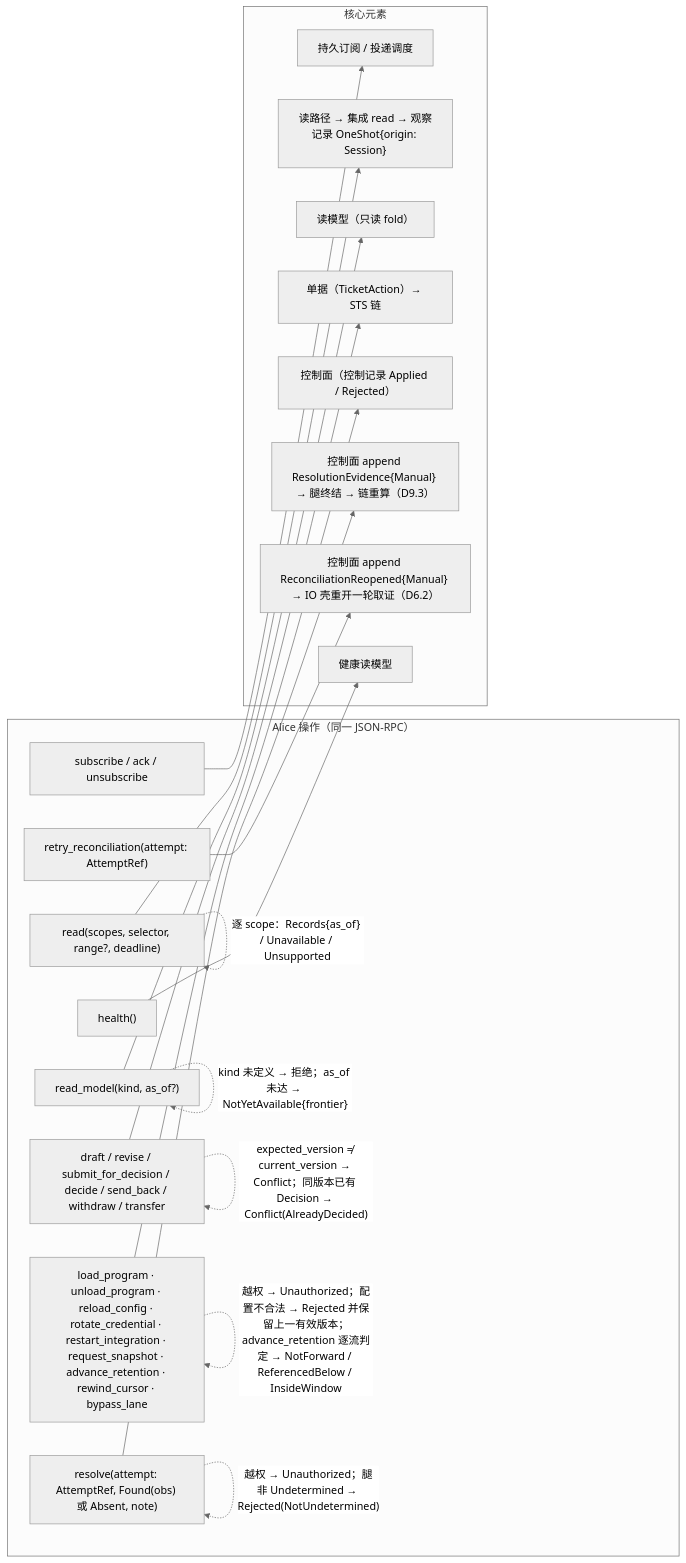
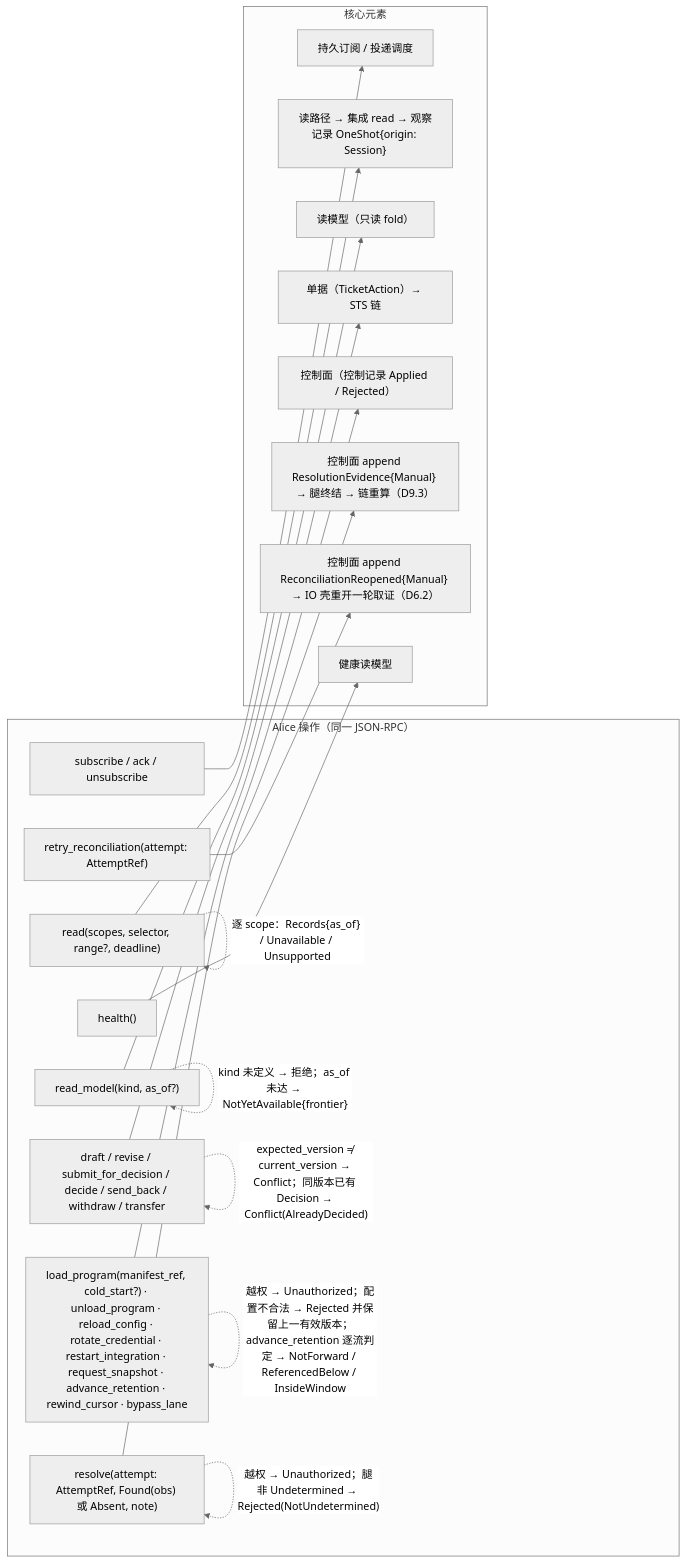
The second of 4 diagrams in design/diagrams/09-alice-session.md (mouriya-s-lab/uta), drawn with Mermaid (neutral theme) before and after one commit. The commit also changed other lines of this file and 24 other files, not shown here.

````diff
--- a/design/diagrams/09-alice-session.md
+++ b/design/diagrams/09-alice-session.md
@@ -45,36 +45,36 @@
 ```mermaid
 flowchart LR
   subgraph OPS["Alice 操作（同一 JSON-RPC）"]
     S1["subscribe / ack / unsubscribe"]
     S2["read(scopes, selector, range?, deadline)"]
     S3["read_model(kind, as_of?)"]
     S4["draft / revise / submit_for_decision / decide / send_back / withdraw / transfer"]
-    S5["load_program · unload_program · reload_config · rotate_credential · restart_integration · request_snapshot · advance_retention · rewind_cursor · bypass_lane"]
+    S5["load_program(manifest_ref, cold_start?) · unload_program · reload_config · rotate_credential · restart_integration · request_snapshot · advance_retention · rewind_cursor · bypass_lane"]
     S6["resolve(attempt: AttemptRef, Found(obs) 或 Absent, note)"]
     S6b["retry_reconciliation(attempt: AttemptRef)"]
     S7["health()"]
   end
   subgraph EL["核心元素"]
     SUB["持久订阅 / 投递调度"]
     RDP["读路径 → 集成 read → 观察记录 OneShot{origin: Session}"]
     RM["读模型（只读 fold）"]
     TK["单据（TicketAction）→ STS 链"]
     CTL["控制面（控制记录 Applied / Rejected）"]
     IOR["控制面 append ResolutionEvidence{Manual} → 腿终结 → 链重算（D9.3）"]
     RRO["控制面 append ReconciliationReopened{Manual} → IO 壳重开一轮取证（D6.2）"]
     HL["健康读模型"]
   end
   S1 --> SUB
   S2 --> RDP
   S3 --> RM
   S4 --> TK
   S5 --> CTL
   S6 --> IOR
   S6b --> RRO
   S7 --> HL
   S2 -.->|"逐 scope：Records{as_of} / Unavailable / Unsupported"| S2
   S3 -.->|"kind 未定义 → 拒绝；as_of 未达 → NotYetAvailable{frontier}"| S3
   S4 -.->|"expected_version ≠ current_version → Conflict；同版本已有 Decision → Conflict(AlreadyDecided)"| S4
   S5 -.->|"越权 → Unauthorized；配置不合法 → Rejected 并保留上一有效版本；advance_retention 逐流判定 → NotForward / ReferencedBelow / InsideWindow"| S5
   S6 -.->|"越权 → Unauthorized；腿非 Undetermined → Rejected(NotUndetermined)"| S6
 ```
````
